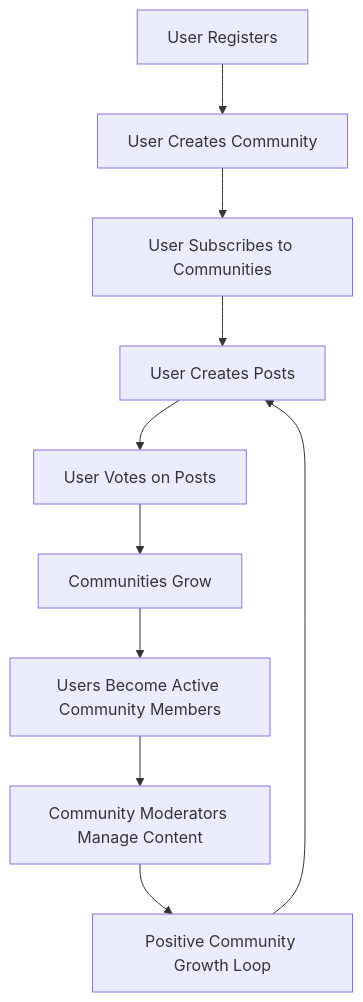
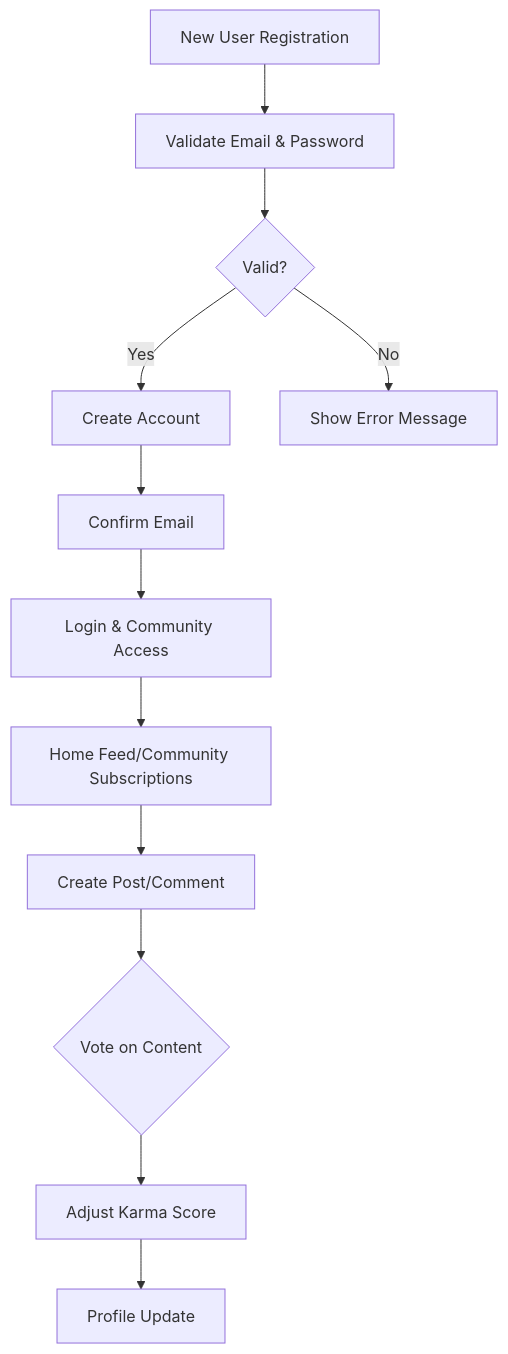
The first of 2 diagrams in qwen/qwen3-30b-a3b-thinking-2507/reddit/docs/analysis/01-service-overview.md (wrtnlabs/autobe-examples), drawn with Mermaid before and after one commit. The commit also changed other lines of this file and 3171 other files, not shown here.

````diff
--- a/qwen/qwen3-30b-a3b-thinking-2507/reddit/docs/analysis/01-service-overview.md
+++ b/qwen/qwen3-30b-a3b-thinking-2507/reddit/docs/analysis/01-service-overview.md
@@ -244,12 +224,14 @@
 ```mermaid
 graph TD
-    A[User Registers] --> B[User Creates Community]
-    B --> C[User Subscribes to Communities]
-    C --> D[User Creates Posts]
-    D --> E[User Votes on Posts]
-    E --> F[Communities Grow]
-    F --> G[Users Become Active Community Members]
-    G --> H[Community Moderators Manage Content]
-    H --> I[Positive Community Growth Loop]
-    I --> D
+    A[New User Registration] --> B[Validate Email & Password]
+    B --> C{"Valid?"}
+    C -->|Yes| D[Create Account]
+    C -->|No| E[Show Error Message]
+    D --> F[Confirm Email]
+    F --> G[Login & Community Access]
+    G --> H[Home Feed/Community Subscriptions]
+    H --> I[Create Post/Comment]
+    I --> J{Vote on Content}
+    J --> K[Adjust Karma Score]
+    K --> L[Profile Update]
 ```
````
